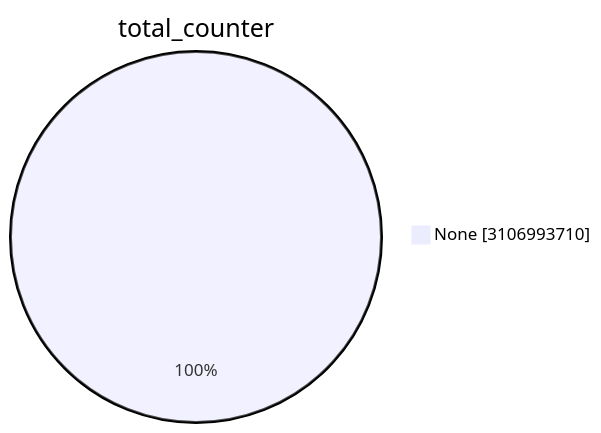
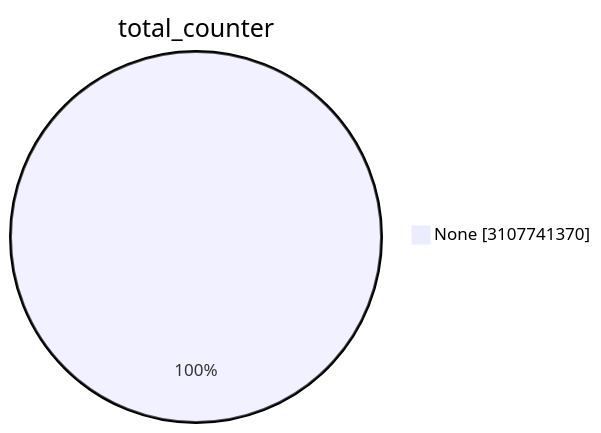
The first of 15 diagrams in TOTAL/README.md (christiankrug/ctmonitor_visualization), drawn with Mermaid before and after one commit. The commit also changed other lines of this file, not shown here.

````diff
--- a/TOTAL/README.md
+++ b/TOTAL/README.md
@@ -1,5 +1,5 @@
 ```mermaid
 pie showData
 title total_counter
-"None" :3106993710
+"None" :3107741370
 ```
````
